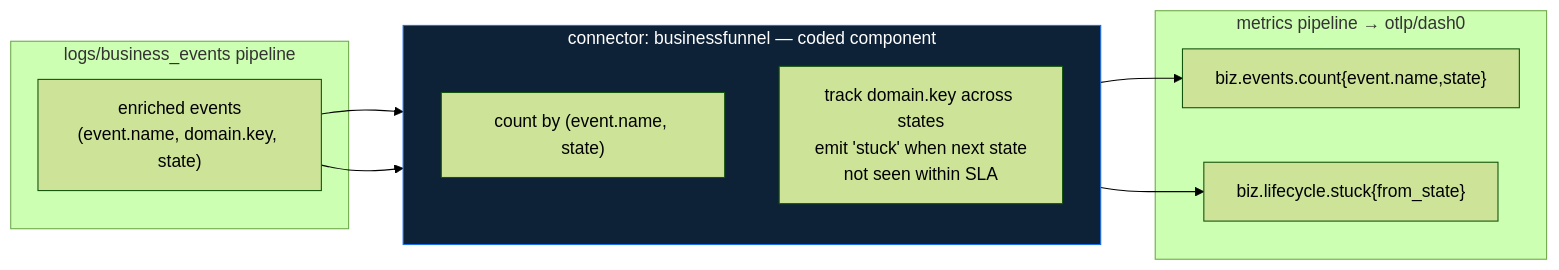
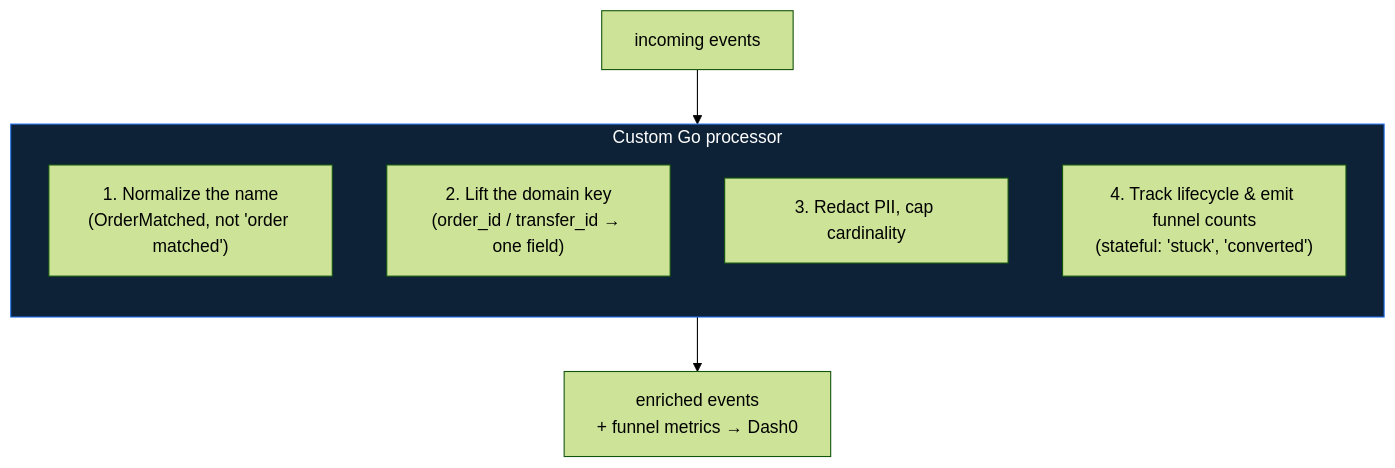
One commit to vzahanych/handbook-infra changed the second of 3 diagrams in observability/dash0/business-events-implementation.md. Above: the diagram before and after it, drawn with Mermaid (forest theme). The commit also changed other lines of this file, not shown here.

````diff
--- a/observability/dash0/business-events-implementation.md
+++ b/observability/dash0/business-events-implementation.md
@@ -174,22 +53,17 @@
 ```mermaid
-flowchart LR
-  subgraph IN["logs/business_events pipeline"]
-    EV["enriched events<br/>(event.name, domain.key, state)"]
+flowchart TB
+  IN["incoming events"]
+
+  subgraph P["Custom Go processor"]
+    direction TB
+    A["1. Normalize the name<br/>(OrderMatched, not 'order matched')"]
+    B["2. Lift the domain key<br/>(order_id / transfer_id → one field)"]
+    C["3. Redact PII, cap cardinality"]
+    D["4. Track lifecycle & emit funnel counts<br/>(stateful: 'stuck', 'converted')"]
   end
 
-  subgraph CONN["connector: businessfunnel — coded component"]
-    direction TB
-    C1["count by (event.name, state)"]
-    C2["track domain.key across states<br/>emit 'stuck' when next state<br/>not seen within SLA"]
-  end
+  OUT["enriched events<br/>+ funnel metrics → Dash0"]
 
-  subgraph OUT["metrics pipeline → otlp/dash0"]
-    M1["biz.events.count{event.name,state}"]
-    M2["biz.lifecycle.stuck{from_state}"]
-  end
-
-  EV --> C1 --> M1
-  EV --> C2 --> M2
-
-  style CONN fill:#0d2137,color:#fff,stroke:#1f6feb
+  IN --> P --> OUT
+  style P fill:#0d2137,color:#fff,stroke:#1f6feb
 ```
````
